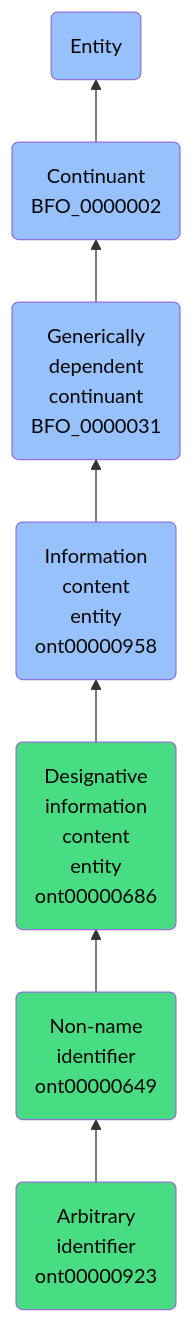
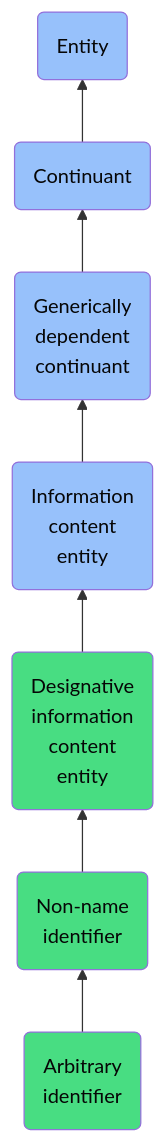
Before and after one commit to jupyter-naas/abi: the diagram in docs/ontology/reference/model/Entity/Continuant/Generically dependent continuant/Information content entity/Designative information content entity/Non-name identifier/Arbitrary identifier/Arbitrary identifier.md, drawn with Mermaid. The commit also changed other lines of this file and 1430 other files, not shown here.

````diff
--- a/docs/ontology/reference/model/Entity/Continuant/Generically dependent continuant/Information content entity/Designative information content entity/Non-name identifier/Arbitrary identifier/Arbitrary identifier.md
+++ b/docs/ontology/reference/model/Entity/Continuant/Generically dependent continuant/Information content entity/Designative information content entity/Non-name identifier/Arbitrary identifier/Arbitrary identifier.md
@@ -24,14 +24,14 @@
 ```mermaid
 graph BT
-    ont00000923(Arbitrary<br>identifier<br>ont00000923):::ABI-->ont00000649
-    ont00000649(Non-name<br>identifier<br>ont00000649):::ABI-->ont00000686
-    ont00000686(Designative<br>information<br>content<br>entity<br>ont00000686):::ABI-->ont00000958
-    ont00000958(Information<br>content<br>entity<br>ont00000958):::BFO-->BFO_0000031
-    BFO_0000031(Generically<br>dependent<br>continuant<br>BFO_0000031):::BFO-->BFO_0000002
-    BFO_0000002(Continuant<br>BFO_0000002):::BFO-->BFO_0000001
+    ont00000923(Arbitrary<br>identifier):::ABI-->ont00000649
+    ont00000649(Non-name<br>identifier):::ABI-->ont00000686
+    ont00000686(Designative<br>information<br>content<br>entity):::ABI-->ont00000958
+    ont00000958(Information<br>content<br>entity):::BFO-->BFO_0000031
+    BFO_0000031(Generically<br>dependent<br>continuant):::BFO-->BFO_0000002
+    BFO_0000002(Continuant):::BFO-->BFO_0000001
     BFO_0000001(Entity):::BFO
     
     classDef BFO fill:#97c1fb,color:#060606
     classDef CCO fill:#e4c51e,color:#060606
     classDef ABI fill:#48DD82,color:#060606
 ```
````
